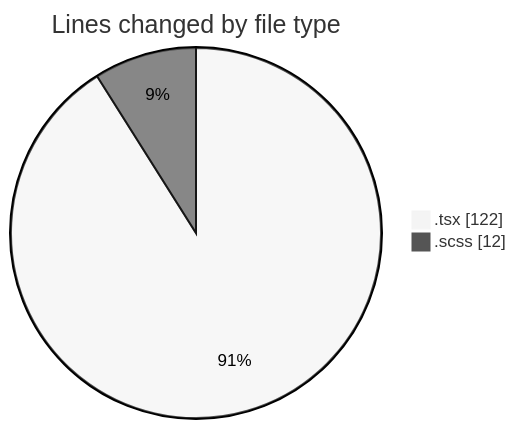
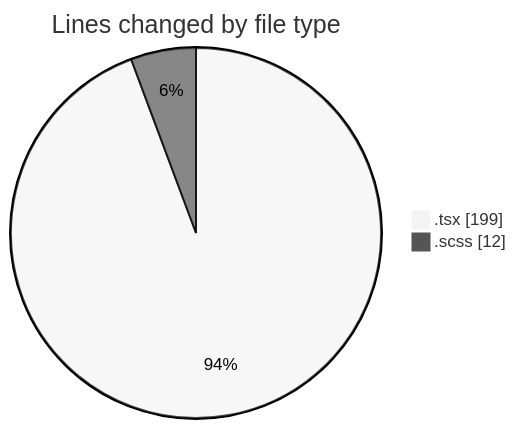
One commit to momahboobian/code-tracking changed the first of 2 diagrams in 2026-06-17/cda/README.md. Above: the diagram before and after it, drawn with Mermaid (neutral theme). The commit also changed other lines of this file and 1 other file, not shown here.

````diff
--- a/2026-06-17/cda/README.md
+++ b/2026-06-17/cda/README.md
@@ -22,6 +23,6 @@
 ```mermaid
 pie showData
 title Lines changed by file type
-".tsx" : 122
+".tsx" : 199
 ".scss" : 12
 ```
````
